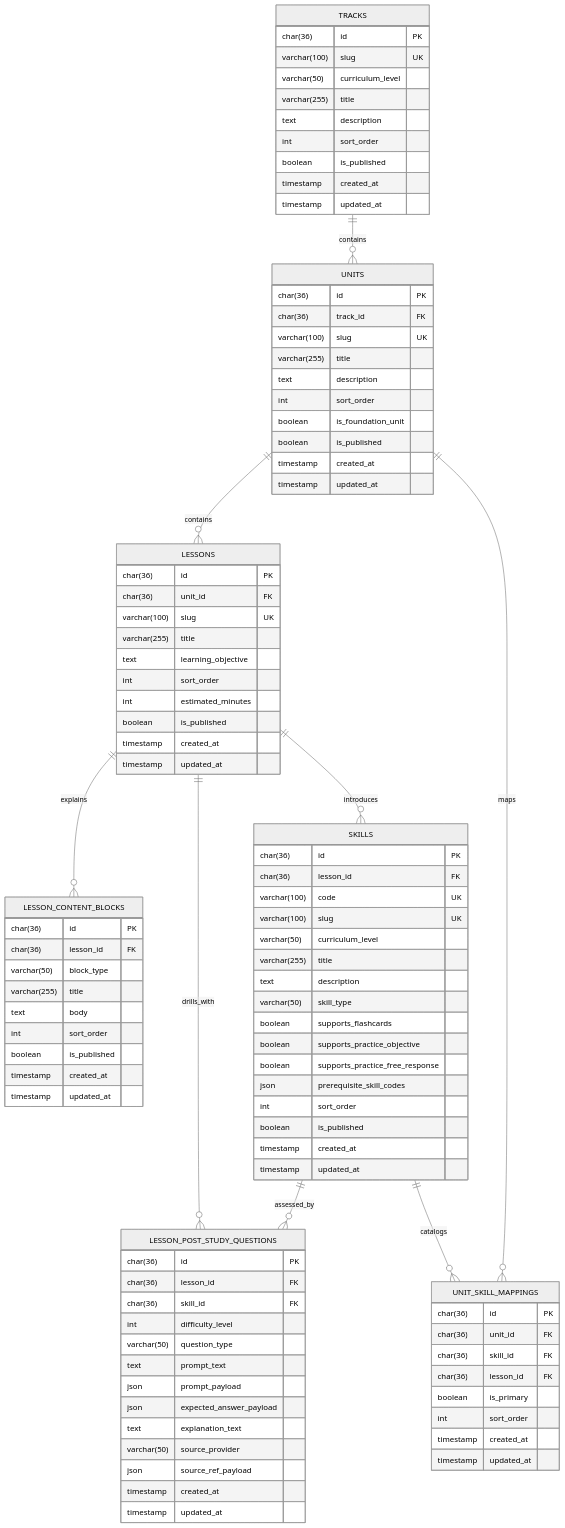
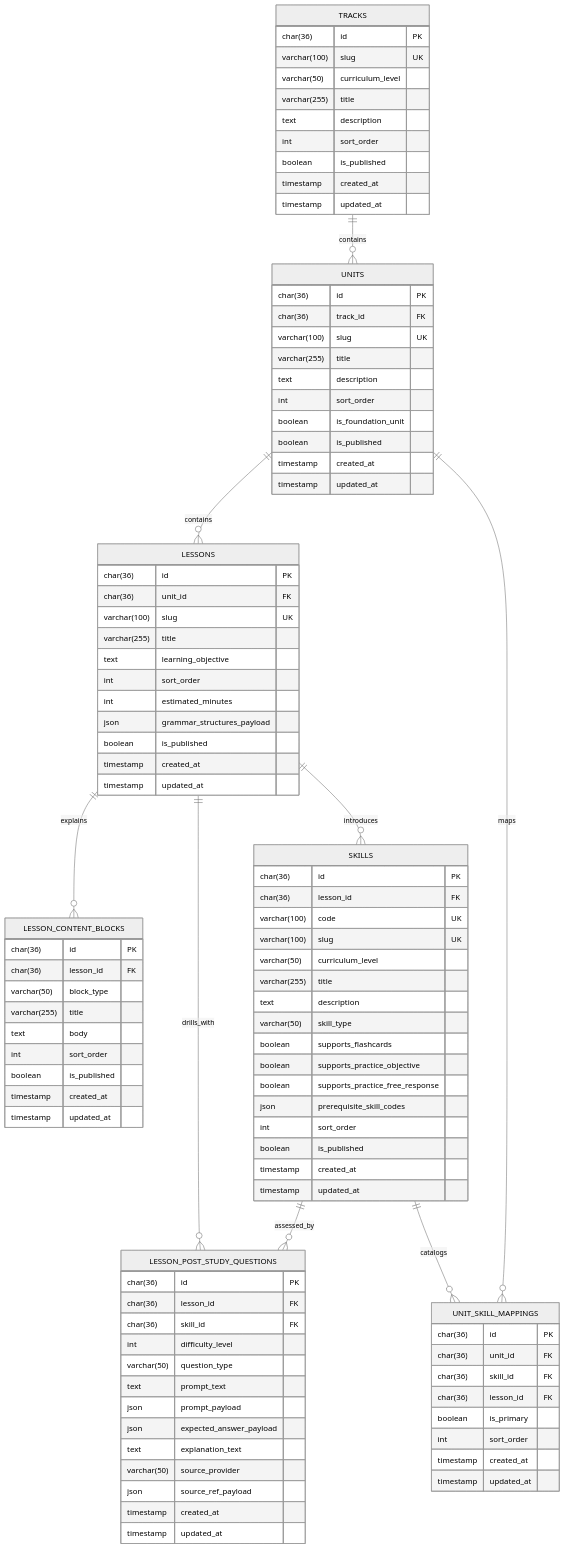
The diagram in docs/erd/syllabus-domain.md (bpkcongli/kotoba-hub), drawn with Mermaid (neutral theme) before and after one commit. The commit also changed other lines of this file and 3 other files, not shown here.

Commit message:
docs: enhance syllabus documentation with grammar structures and HTML formatting guidelines for lesson content

```diff
--- a/docs/erd/syllabus-domain.md
+++ b/docs/erd/syllabus-domain.md
@@ -59,6 +60,7 @@
         text learning_objective
         int sort_order
         int estimated_minutes
+        json grammar_structures_payload
         boolean is_published
         timestamp created_at
         timestamp updated_at
```
